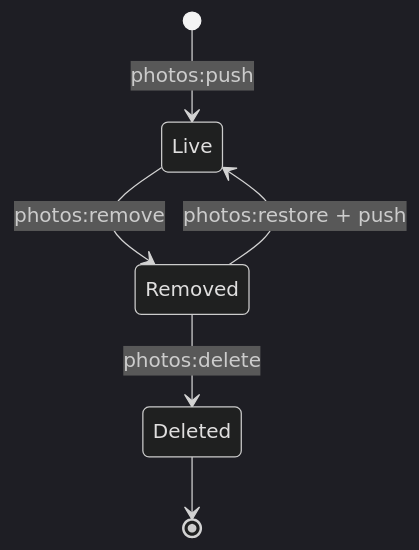
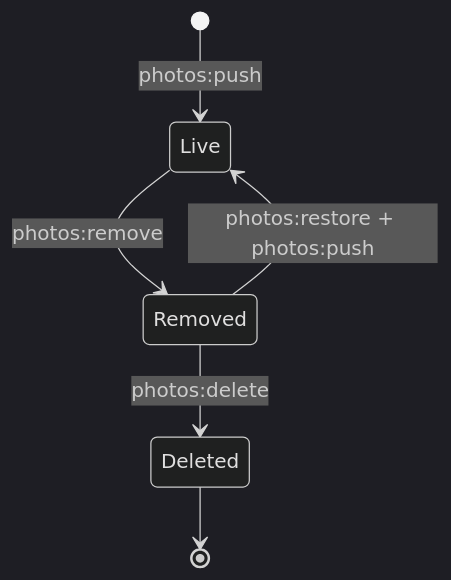
One commit to Ficke/clipping changed the second of 2 diagrams in docs/photo-architecture.md. Above: the diagram before and after it, drawn with Mermaid (dark theme). The commit also changed other lines of this file and 38 other files, not shown here.

````diff
--- a/docs/photo-architecture.md
+++ b/docs/photo-architecture.md
@@ -201,8 +119,8 @@
 ```mermaid
 stateDiagram-v2
   [*] --> Live: photos:push
   Live --> Removed: photos:remove
-  Removed --> Live: photos:restore + push
+  Removed --> Live: photos:restore + photos:push
   Removed --> Deleted: photos:delete
   Deleted --> [*]
 ```
````
